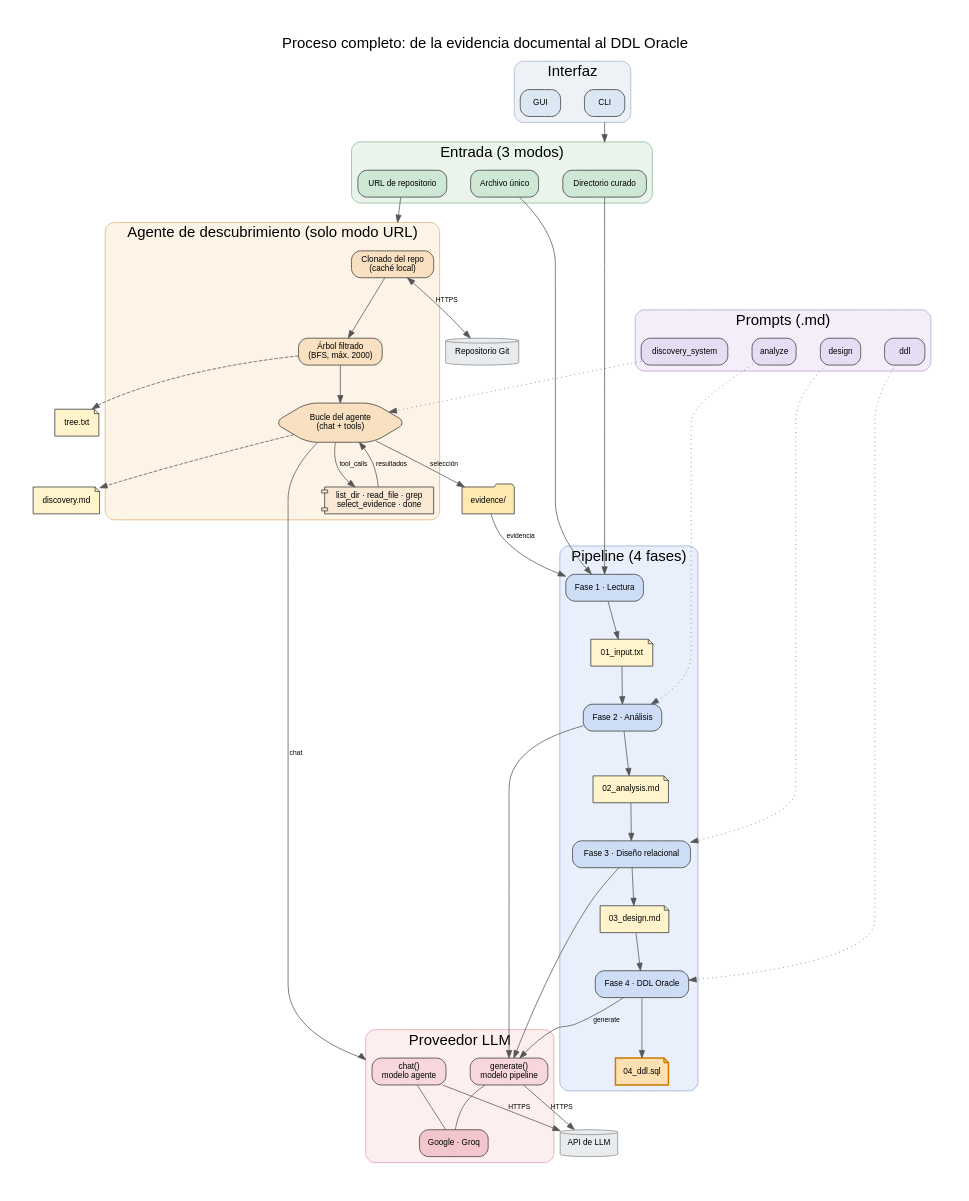
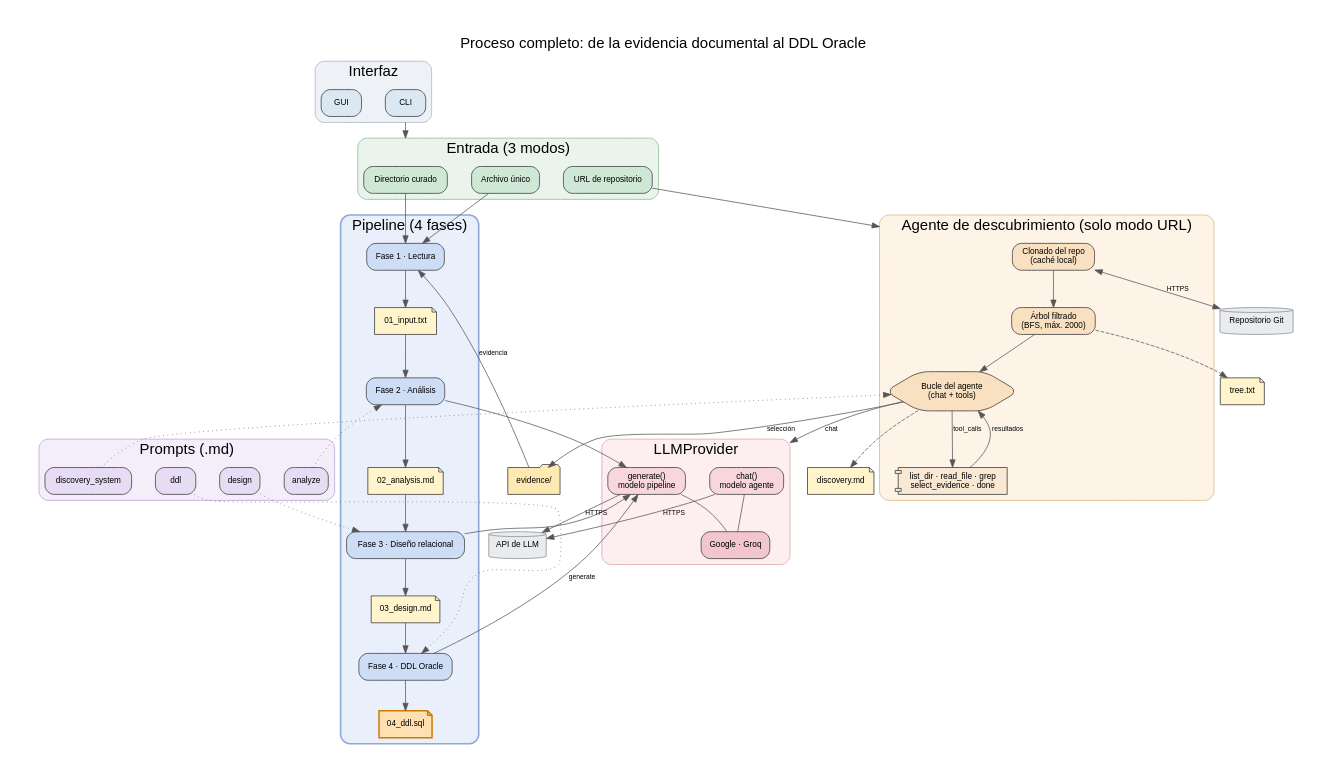
One commit to git-uni/llms-normalization-bd-models-tool changed the diagram in memoria/assets/diagramas/proceso-general.dot. Above: the diagram before and after it, drawn with Graphviz. The commit also changed 30 other files, not shown here.

First line of the commit message:
memoria+normalizer: presupuesto del agente parametrizable (CLI/GUI), capitulo de Pruebas y auditoria de diagramas

```diff
--- a/memoria/assets/diagramas/proceso-general.dot
+++ b/memoria/assets/diagramas/proceso-general.dot
@@ -1,84 +1,106 @@
+// Proceso completo de la herramienta: de la evidencia documental al DDL Oracle.
+// Distribución: el *pipeline* es la espina vertical central (group=spine + weight,
+// borde reforzado), eje del que cuelga todo. A su alrededor, como carriles, los
+// servicios y el agente: prompts a la izquierda, LLMProvider entre el pipeline y el
+// agente, y el agente de descubrimiento (solo modo URL) a la derecha. Las aristas
+// laterales (prompt→fase, fase→generate) llevan constraint=false para flotar a la
+// altura de su fase sin estirar la espina; una sola arista de cada servicio conserva
+// la restricción para fijar su altura. Render: dot -Tpng proceso-general.dot -o proceso-general.png
 digraph proceso {
     rankdir=TB; compound=true; bgcolor="white"; pad=0.5;
-    nodesep=0.45; ranksep=0.7; fontname="Helvetica";
+    nodesep=0.45; ranksep=0.55; fontname="Helvetica";
     labelloc="t"; fontsize=20;
     label="Proceso completo: de la evidencia documental al DDL Oracle";
     node [fontname="Helvetica", fontsize=11, shape=box, style="filled,rounded", color="#333333"];
     edge [fontname="Helvetica", fontsize=9, color="#555555"];
 
     subgraph cluster_ui {
         label="Interfaz"; style="filled,rounded";
         fillcolor="#eef2f7"; color="#9fb3c8";
         CLI [label="CLI", fillcolor="#dbe7f3"];
         GUI [label="GUI", fillcolor="#dbe7f3"];
     }
     subgraph cluster_in {
         label="Entrada (3 modos)"; style="filled,rounded";
         fillcolor="#eaf4ec"; color="#86b894";
         IN_FILE [label="Archivo único", fillcolor="#cfe8d6"];
         IN_DIR  [label="Directorio curado", fillcolor="#cfe8d6"];
         IN_URL  [label="URL de repositorio", fillcolor="#cfe8d6"];
     }
+
+    // ---- Prompts: carril izquierdo ----
+    subgraph cluster_prompts {
+        label="Prompts (.md)"; style="filled,rounded";
+        fillcolor="#f3eef9"; color="#b69fd0";
+        P_ANA [label="analyze", fillcolor="#e6dcf3"];
+        P_DES [label="design", fillcolor="#e6dcf3"];
+        P_DDL [label="ddl", fillcolor="#e6dcf3"];
+        P_SYS [label="discovery_system", fillcolor="#e6dcf3"];
+    }
+
+    // ---- Pipeline: espina central recta y reforzada ----
+    subgraph cluster_pipe {
+        label="Pipeline (4 fases)"; style="filled,rounded";
+        fillcolor="#eaf0fb"; color="#8fa9d6"; penwidth=2.2;
+        READ [label="Fase 1 · Lectura", fillcolor="#cdddf6", group=spine];
+        A01  [label="01_input.txt", shape=note, fillcolor="#fff4cc", group=spine];
+        ANA  [label="Fase 2 · Análisis", fillcolor="#cdddf6", group=spine];
+        A02  [label="02_analysis.md", shape=note, fillcolor="#fff4cc", group=spine];
+        DES  [label="Fase 3 · Diseño relacional", fillcolor="#cdddf6", group=spine];
+        A03  [label="03_design.md", shape=note, fillcolor="#fff4cc", group=spine];
+        DDLF [label="Fase 4 · DDL Oracle", fillcolor="#cdddf6", group=spine];
+        A04  [label="04_ddl.sql", shape=note, fillcolor="#ffe0b3", color="#cc7a00", penwidth=2, group=spine];
+        READ -> A01 [weight=20]; A01 -> ANA [weight=20]; ANA -> A02 [weight=20];
+        A02 -> DES [weight=20]; DES -> A03 [weight=20]; A03 -> DDLF [weight=20];
+        DDLF -> A04 [weight=20];
+    }
+
+    // ---- LLMProvider: entre el pipeline y el agente ----
+    subgraph cluster_prov {
+        label="LLMProvider"; style="filled,rounded";
+        fillcolor="#fdeef0"; color="#dba0a8";
+        GEN  [label="generate()\nmodelo pipeline", fillcolor="#f7d7dc"];
+        CHT  [label="chat()\nmodelo agente", fillcolor="#f7d7dc"];
+        IMPL [label="Google · Groq", fillcolor="#f3c6cd"];
+        GEN -> IMPL [arrowhead=none]; CHT -> IMPL [arrowhead=none];
+    }
+
+    // ---- Agente de descubrimiento: carril derecho (solo modo URL) ----
     subgraph cluster_disc {
         label="Agente de descubrimiento (solo modo URL)"; style="filled,rounded";
         fillcolor="#fdf3e7"; color="#e0b277";
         CLONE [label="Clonado del repo\n(caché local)", fillcolor="#f8e0c0"];
         TREE  [label="Árbol filtrado\n(BFS, máx. 2000)", fillcolor="#f8e0c0"];
         LOOP  [label="Bucle del agente\n(chat + tools)", shape=hexagon, fillcolor="#f8e0c0"];
         TOOLS [label="list_dir · read_file · grep\nselect_evidence · done", shape=component, fillcolor="#f8e8d4"];
         CLONE -> TREE -> LOOP; LOOP -> TOOLS [label="tool_calls"];
         TOOLS -> LOOP [label="resultados", constraint=false];
     }
     ART_TREE   [label="tree.txt", shape=note, fillcolor="#fff4cc"];
     ART_DTRACE [label="discovery.md", shape=note, fillcolor="#fff4cc"];
     ART_EVID   [label="evidence/", shape=folder, fillcolor="#ffe9b3"];
     TREE -> ART_TREE [style=dashed];
     LOOP -> ART_DTRACE [style=dashed];
     LOOP -> ART_EVID [label="selección"];
 
-    subgraph cluster_pipe {
-        label="Pipeline (4 fases)"; style="filled,rounded";
-        fillcolor="#eaf0fb"; color="#8fa9d6";
-        READ [label="Fase 1 · Lectura", fillcolor="#cdddf6"];
-        ANA  [label="Fase 2 · Análisis", fillcolor="#cdddf6"];
-        DES  [label="Fase 3 · Diseño relacional", fillcolor="#cdddf6"];
-        DDLF [label="Fase 4 · DDL Oracle", fillcolor="#cdddf6"];
-        A01 [label="01_input.txt", shape=note, fillcolor="#fff4cc"];
-        A02 [label="02_analysis.md", shape=note, fillcolor="#fff4cc"];
-        A03 [label="03_design.md", shape=note, fillcolor="#fff4cc"];
-        A04 [label="04_ddl.sql", shape=note, fillcolor="#ffe0b3", color="#cc7a00", penwidth=2];
-        READ -> A01 -> ANA -> A02 -> DES -> A03 -> DDLF -> A04;
-    }
-    subgraph cluster_prompts {
-        label="Prompts (.md)"; style="filled,rounded";
-        fillcolor="#f3eef9"; color="#b69fd0";
-        P_ANA [label="analyze", fillcolor="#e6dcf3"];
-        P_DES [label="design", fillcolor="#e6dcf3"];
-        P_DDL [label="ddl", fillcolor="#e6dcf3"];
-        P_SYS [label="discovery_system", fillcolor="#e6dcf3"];
-    }
-    P_ANA -> ANA [style=dotted];
-    P_DES -> DES [style=dotted];
-    P_DDL -> DDLF [style=dotted];
-    P_SYS -> LOOP [style=dotted];
-
-    subgraph cluster_prov {
-        label="Proveedor LLM"; style="filled,rounded";
-        fillcolor="#fdeef0"; color="#dba0a8";
-        GEN  [label="generate()\nmodelo pipeline", fillcolor="#f7d7dc"];
-        CHT  [label="chat()\nmodelo agente", fillcolor="#f7d7dc"];
-        IMPL [label="Google · Groq", fillcolor="#f3c6cd"];
-        GEN -> IMPL [arrowhead=none]; CHT -> IMPL [arrowhead=none];
-    }
     LLM [label="API de LLM", shape=cylinder, fillcolor="#e9ecef", color="#888888"];
     GIT [label="Repositorio Git", shape=cylinder, fillcolor="#e9ecef", color="#888888"];
 
+    // Carriles laterales: una arista de cada servicio fija su altura (a la de su
+    // fase) y las demás van con constraint=false para no estirar la espina.
+    P_ANA -> ANA  [style=dotted, constraint=false];
+    P_DES -> DES  [style=dotted];
+    P_DDL -> DDLF [style=dotted, constraint=false];
+    P_SYS -> LOOP [style=dotted, constraint=false];
+    ANA -> GEN [constraint=false];
+    DES -> GEN [constraint=false];
+    DDLF -> GEN [label="generate", constraint=false];
+    LOOP -> CHT [label="chat", lhead=cluster_prov];
+
     CLI -> IN_DIR [ltail=cluster_ui, lhead=cluster_in];
-    IN_FILE -> READ; IN_DIR -> READ;
+    IN_FILE -> READ [weight=20]; IN_DIR -> READ [weight=20];
     IN_URL -> CLONE [lhead=cluster_disc];
     ART_EVID -> READ [label="evidencia"];
     CLONE -> GIT [dir=both, label="HTTPS"];
-    ANA -> GEN; DES -> GEN; DDLF -> GEN [label="generate"];
-    LOOP -> CHT [label="chat", lhead=cluster_prov];
     GEN -> LLM [label="HTTPS"]; CHT -> LLM [label="HTTPS"];
 }
```
